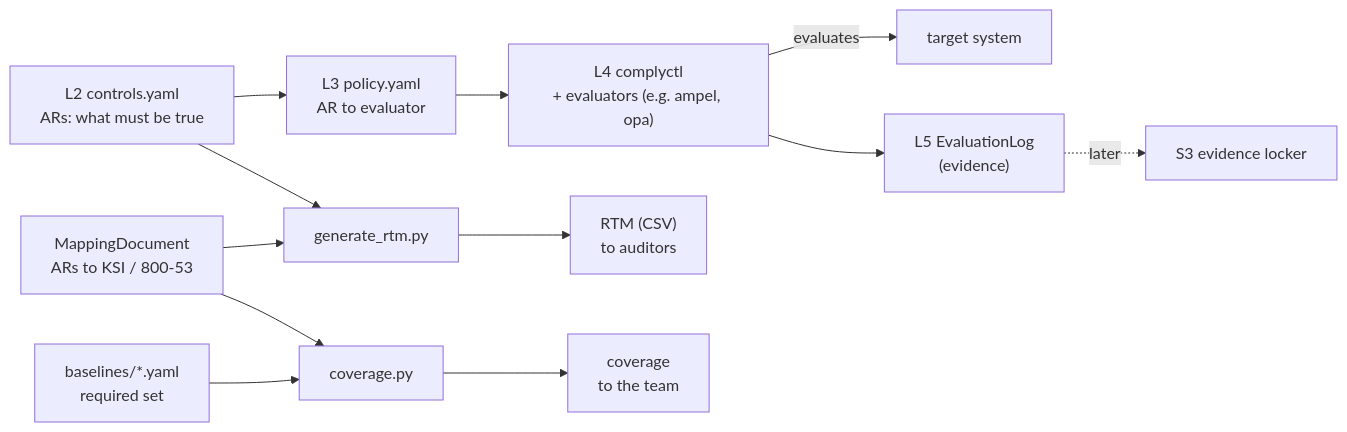
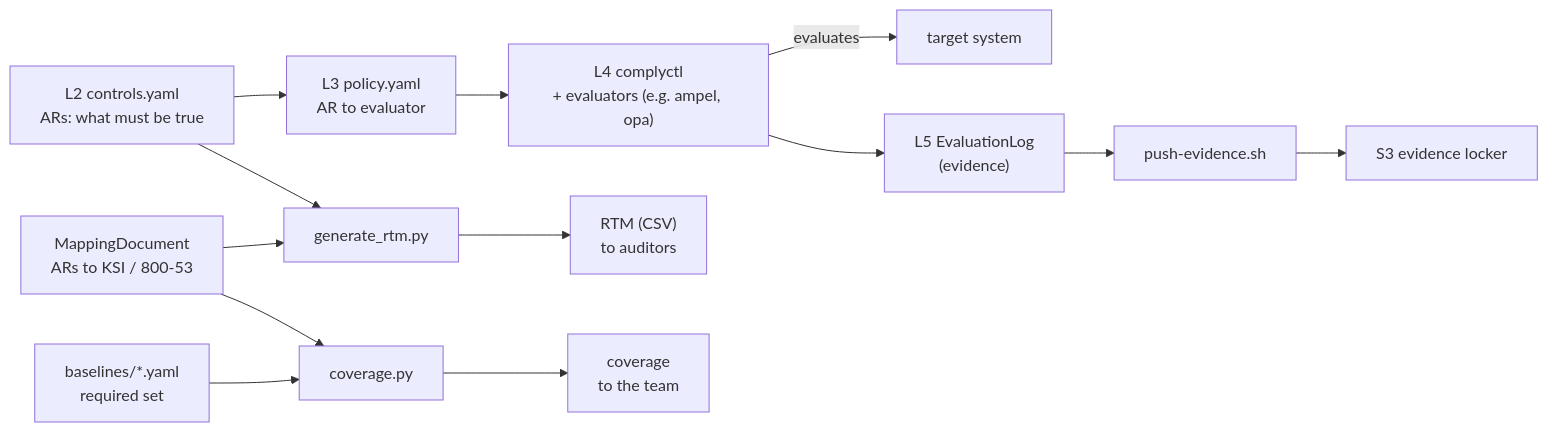
Before and after one commit to jmelis/rosa-seaplane-compliance: the diagram in README.md, drawn with Mermaid. The commit also changed other lines of this file and 12 other files, not shown here.

````diff
--- a/README.md
+++ b/README.md
@@ -23,19 +23,19 @@
 ```mermaid
 flowchart LR
     CTRL["L2 controls.yaml<br/>ARs: what must be true"]
     POL["L3 policy.yaml<br/>AR to evaluator"]
     MAP["MappingDocument<br/>ARs to KSI / 800-53"]
     BASE["baselines/*.yaml<br/>required set"]
 
     CTRL --> POL --> CC["L4 complyctl<br/>+ evaluators (e.g. ampel, opa)"]
     CC -->|evaluates| TGT["target system"]
     CC --> LOG["L5 EvaluationLog<br/>(evidence)"]
 
     CTRL --> RTM["generate_rtm.py"]
     MAP --> RTM --> RTMCSV["RTM (CSV)<br/>to auditors"]
 
     MAP --> COVSC["coverage.py"]
     BASE --> COVSC --> COV["coverage<br/>to the team"]
 
-    LOG -.->|later| S3["S3 evidence locker"]
+    LOG --> PUSH["push-evidence.sh"] --> S3["S3 evidence locker"]
 ```
````
